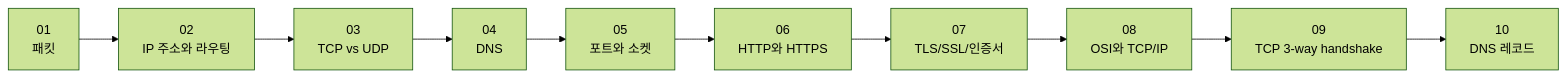
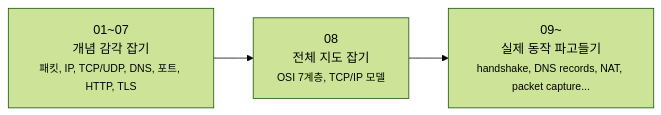
Before and after one commit to kmj8843/blog: the diagram in docs/Network/index.md, drawn with Mermaid (forest theme). The commit also changed other lines of this file and 1 other file, not shown here.

````diff
--- a/docs/Network/index.md
+++ b/docs/Network/index.md
@@ -30,12 +51,8 @@
 ```mermaid
 flowchart LR
-    A[01<br/>패킷] --> B[02<br/>IP 주소와 라우팅]
-    B --> C[03<br/>TCP vs UDP]
-    C --> D[04<br/>DNS]
-    D --> E[05<br/>포트와 소켓]
-    E --> F[06<br/>HTTP와 HTTPS]
-    F --> G[07<br/>TLS/SSL/인증서]
-    G --> H[08<br/>OSI와 TCP/IP]
-    H --> I[09<br/>TCP 3-way handshake]
-    I --> J[10<br/>DNS 레코드]
+    A[01~07<br/>개념 감각 잡기<br/><small>패킷, IP, TCP/UDP, DNS, 포트, HTTP, TLS</small>]
+    B[08<br/>전체 지도 잡기<br/><small>OSI 7계층, TCP/IP 모델</small>]
+    C[09~<br/>실제 동작 파고들기<br/><small>handshake, DNS records, NAT, packet capture...</small>]
+
+    A --> B --> C
 ```
````
